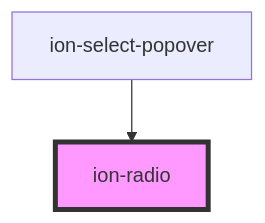
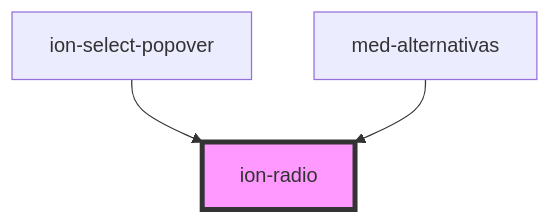
One commit to ionic-team/ionic-framework changed the diagram in core/src/components/radio/readme.md. Above: the diagram before and after it, drawn with Mermaid. The commit also changed other lines of this file and 268 other files, not shown here.

````diff
--- a/core/src/components/radio/readme.md
+++ b/core/src/components/radio/readme.md
@@ -228,5 +219,6 @@
 ```mermaid
 graph TD;
   ion-select-popover --> ion-radio
+  med-alternativas --> ion-radio
   style ion-radio fill:#f9f,stroke:#333,stroke-width:4px
 ```
````
